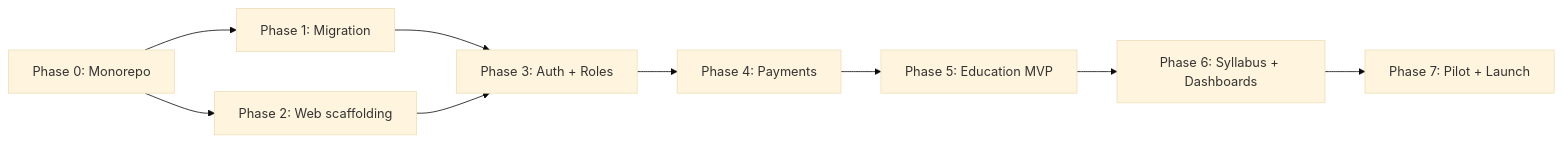
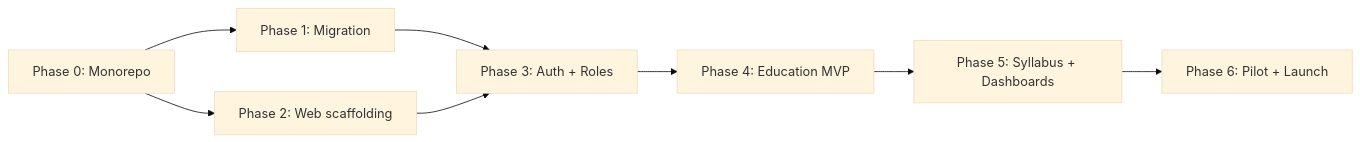
Before and after one commit to ZerebroKid/kidsafe-school: the second of 2 diagrams in docs/V2_BUILD_PHASES.md, drawn with Mermaid (base theme). The commit also changed other lines of this file and 3 other files, not shown here.

````diff
--- a/docs/V2_BUILD_PHASES.md
+++ b/docs/V2_BUILD_PHASES.md
@@ -694,11 +577,10 @@
 ```mermaid
 flowchart LR
   P0[Phase 0: Monorepo] --> P1[Phase 1: Migration]
   P0 --> P2[Phase 2: Web scaffolding]
   P1 --> P3[Phase 3: Auth + Roles]
   P2 --> P3
-  P3 --> P4[Phase 4: Payments]
-  P4 --> P5[Phase 5: Education MVP]
-  P5 --> P6[Phase 6: Syllabus + Dashboards]
-  P6 --> P7[Phase 7: Pilot + Launch]
+  P3 --> P4[Phase 4: Education MVP]
+  P4 --> P5[Phase 5: Syllabus + Dashboards]
+  P5 --> P6[Phase 6: Pilot + Launch]
 ```
````
